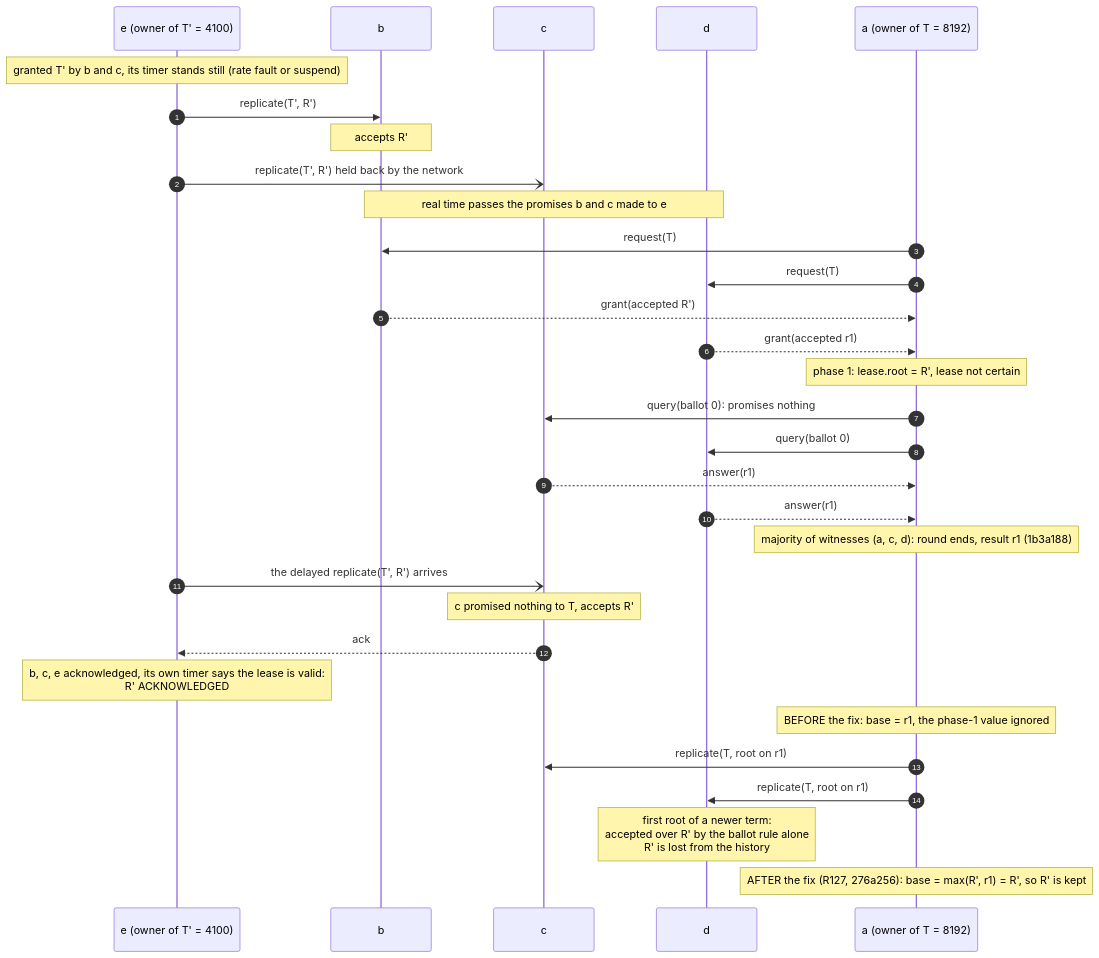
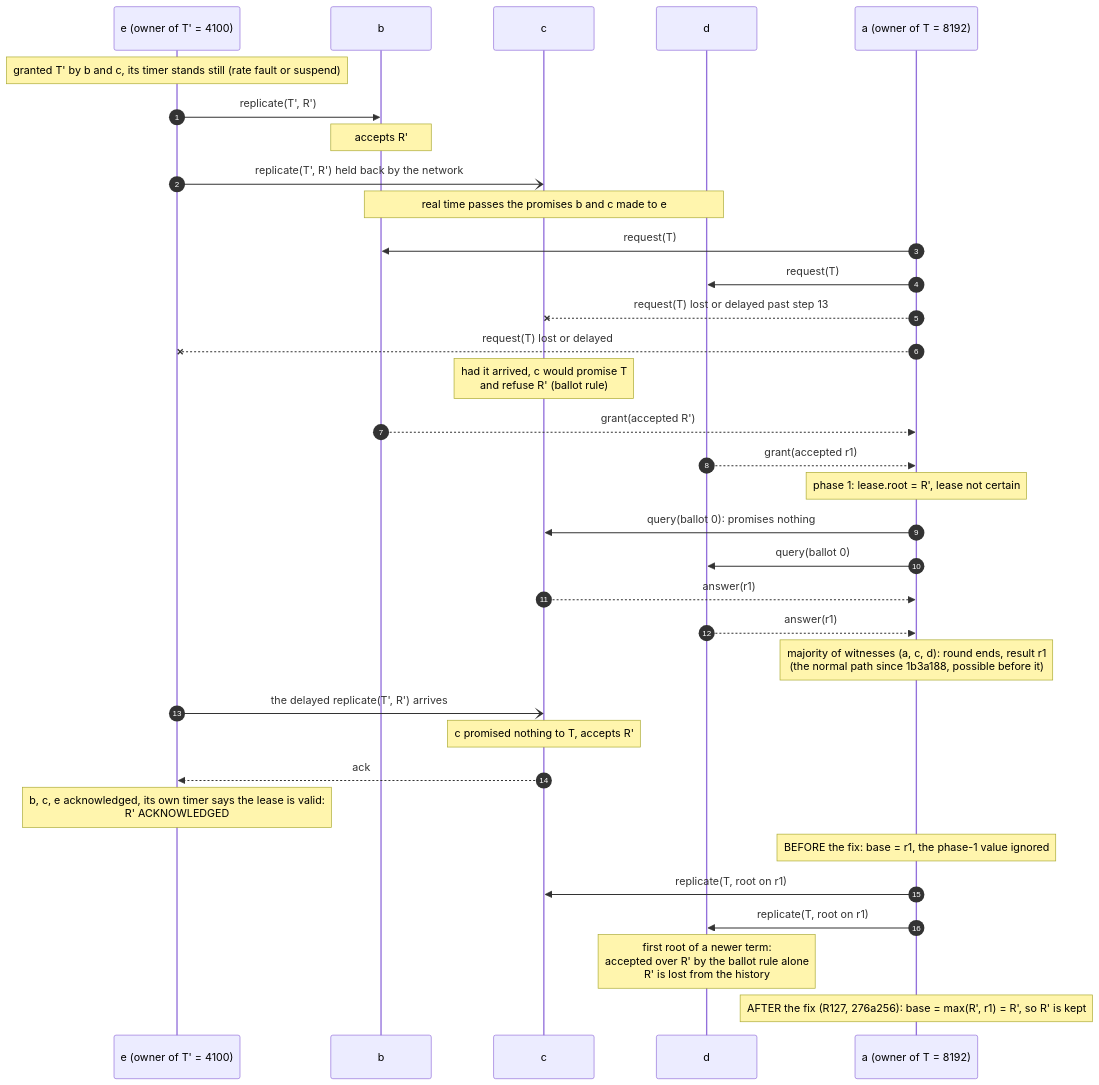
One commit to gamarino/ProtoDB changed the diagram in docs/source/coordinator-protocol/seq-c1.mmd. Above: the diagram before and after it, drawn with Mermaid. The commit also changed 12 other files, not shown here.

Commit message:
docs: coordinator protocol fix round (Task 10.4 review: S2 premise, stale base unknown, copies step, C1 preconditions, voters count, attach confirmation)

```diff
--- a/docs/source/coordinator-protocol/seq-c1.mmd
+++ b/docs/source/coordinator-protocol/seq-c1.mmd
@@ -1,32 +1,35 @@
 %% The 8.3n round 3 counterexample (finding C1): a recovery round ended at a majority loses an acknowledged commit.
 sequenceDiagram
     autonumber
     participant E as e (owner of T' = 4100)
     participant B as b
     participant C as c
     participant D as d
     participant A as a (owner of T = 8192)
     Note over E: granted T' by b and c, its timer stands still (rate fault or suspend)
     E->>B: replicate(T', R')
     Note over B: accepts R'
     E-)C: replicate(T', R') held back by the network
     Note over B,D: real time passes the promises b and c made to e
     A->>B: request(T)
     A->>D: request(T)
+    A--xC: request(T) lost or delayed past step 13
+    A--xE: request(T) lost or delayed
+    Note over C: had it arrived, c would promise T<br/>and refuse R' (ballot rule)
     B-->>A: grant(accepted R')
     D-->>A: grant(accepted r1)
     Note over A: phase 1: lease.root = R', lease not certain
     A->>C: query(ballot 0): promises nothing
     A->>D: query(ballot 0)
     C-->>A: answer(r1)
     D-->>A: answer(r1)
-    Note over A: majority of witnesses (a, c, d): round ends, result r1 (1b3a188)
+    Note over A: majority of witnesses (a, c, d): round ends, result r1<br/>(the normal path since 1b3a188, possible before it)
     E-)C: the delayed replicate(T', R') arrives
     Note over C: c promised nothing to T, accepts R'
     C-->>E: ack
     Note over E: b, c, e acknowledged, its own timer says the lease is valid:<br/>R' ACKNOWLEDGED
     Note over A: BEFORE the fix: base = r1, the phase-1 value ignored
     A->>C: replicate(T, root on r1)
     A->>D: replicate(T, root on r1)
     Note over D: first root of a newer term:<br/>accepted over R' by the ballot rule alone<br/>R' is lost from the history
     Note over A: AFTER the fix (R127, 276a256): base = max(R', r1) = R', so R' is kept
```
